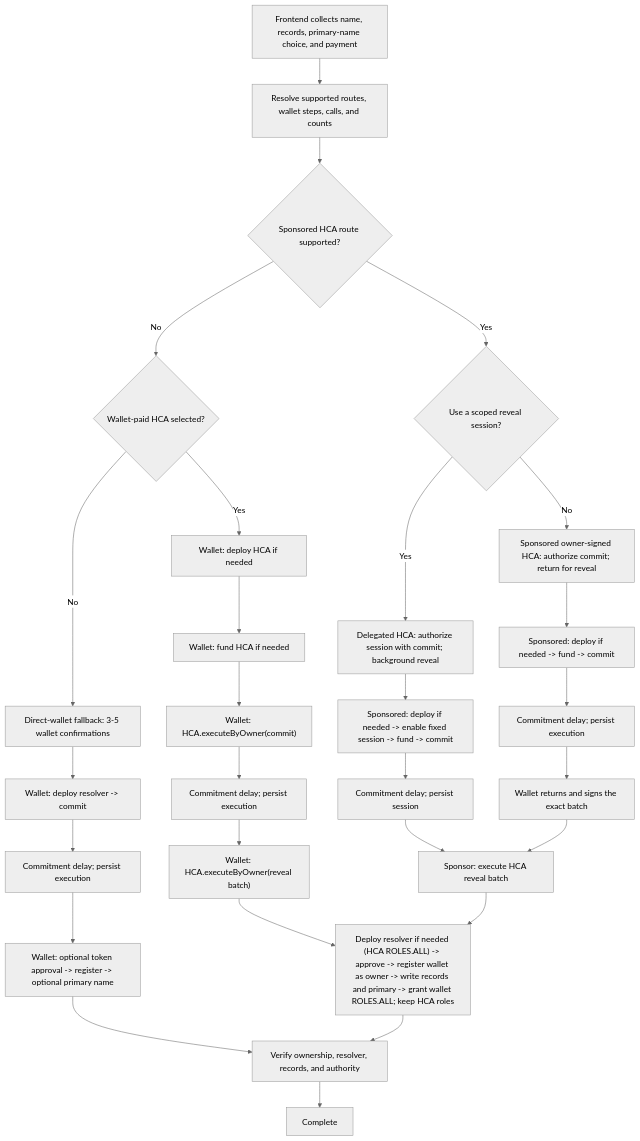
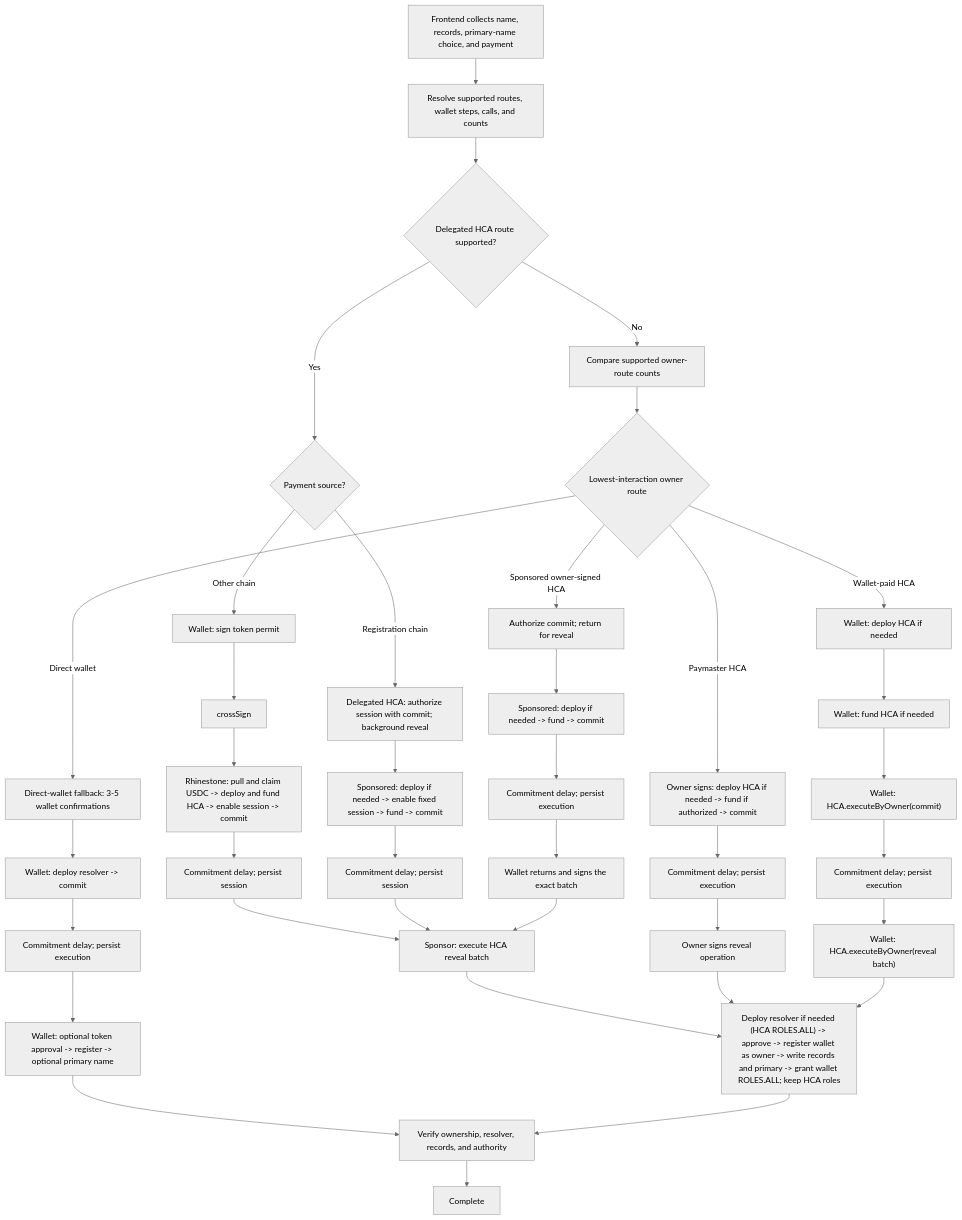
The diagram in docs/HCA-HANDOFF-FRONTEND.md (ensdomains/contracts-v2), drawn with Mermaid (neutral theme) before and after one commit. The commit also changed other lines of this file and 27 other files, not shown here.

Commit message:
feat(hca): add user-paid rhinestone flows

````diff
--- a/docs/HCA-HANDOFF-FRONTEND.md
+++ b/docs/HCA-HANDOFF-FRONTEND.md
@@ -66,35 +81,47 @@
 ```mermaid
 flowchart TD
     input["Frontend collects name, records, primary-name choice, and payment"] --> route["Resolve supported routes, wallet steps, calls, and counts"]
-    route --> sponsored{"Sponsored HCA route supported?"}
+    route --> delegatedAvailable{"Delegated HCA route supported?"}
 
-    sponsored -- No --> paid{"Wallet-paid HCA selected?"}
-    paid -- No --> eoa["Direct-wallet fallback: 3-5 wallet confirmations"]
+    delegatedAvailable -- No --> ownerCompare["Compare supported owner-route counts"]
+    ownerCompare --> ownerRoute{"Lowest-interaction owner route"}
+    ownerRoute -- Direct wallet --> eoa["Direct-wallet fallback: 3-5 wallet confirmations"]
     eoa --> eoaCommit["Wallet: deploy resolver -> commit"]
     eoaCommit --> eoaWait["Commitment delay; persist execution"]
     eoaWait --> eoaReveal["Wallet: optional token approval -> register -> optional primary name"]
 
-    sponsored -- Yes --> mode{"Use a scoped reveal session?"}
-    mode -- Yes --> delegated["Delegated HCA: authorize session with commit; background reveal"]
-    mode -- No --> direct["Sponsored owner-signed HCA: authorize commit; return for reveal"]
+    delegatedAvailable -- Yes --> source{"Payment source?"}
+    source -- Other chain --> sourcePermit["Wallet: sign token permit"]
+    sourcePermit --> crossSign
+    crossSign --> crossFill["Rhinestone: pull and claim USDC -> deploy and fund HCA -> enable session -> commit"]
+    crossFill --> crossWait["Commitment delay; persist session"]
+    crossWait --> reveal
+    source -- Registration chain --> delegated["Delegated HCA: authorize session with commit; background reveal"]
 
     delegated --> sessionCommit["Sponsored: deploy if needed -> enable fixed session -> fund -> commit"]
-    direct --> commit["Sponsored: deploy if needed -> fund -> commit"]
     sessionCommit --> delegatedWait["Commitment delay; persist session"]
     delegatedWait --> reveal["Sponsor: execute HCA reveal batch"]
+
+    ownerRoute -- Sponsored owner-signed HCA --> direct["Authorize commit; return for reveal"]
+    direct --> commit["Sponsored: deploy if needed -> fund -> commit"]
     commit --> ownerWait["Commitment delay; persist execution"]
     ownerWait --> return["Wallet returns and signs the exact batch"]
     return --> reveal
     reveal --> batch["Deploy resolver if needed (HCA ROLES.ALL) -> approve -> register wallet as owner -> write records and primary -> grant wallet ROLES.ALL; keep HCA roles"]
 
-    paid -- Yes --> paidSetup["Wallet: deploy HCA if needed"]
+    ownerRoute -- Paymaster HCA --> userOpCommit["Owner signs: deploy HCA if needed -> fund if authorized -> commit"]
+    userOpCommit --> userOpWait["Commitment delay; persist execution"]
+    userOpWait --> userOpReveal["Owner signs reveal operation"]
+    userOpReveal --> batch
+
+    ownerRoute -- Wallet-paid HCA --> paidSetup["Wallet: deploy HCA if needed"]
     paidSetup --> paidFund["Wallet: fund HCA if needed"]
     paidFund --> paidCommit["Wallet: HCA.executeByOwner(commit)"]
     paidCommit --> paidWait["Commitment delay; persist execution"]
     paidWait --> paidReveal["Wallet: HCA.executeByOwner(reveal batch)"]
     paidReveal --> batch
 
     eoaReveal --> verify["Verify ownership, resolver, records, and authority"]
     batch --> verify
     verify --> done["Complete"]
 ```
````
